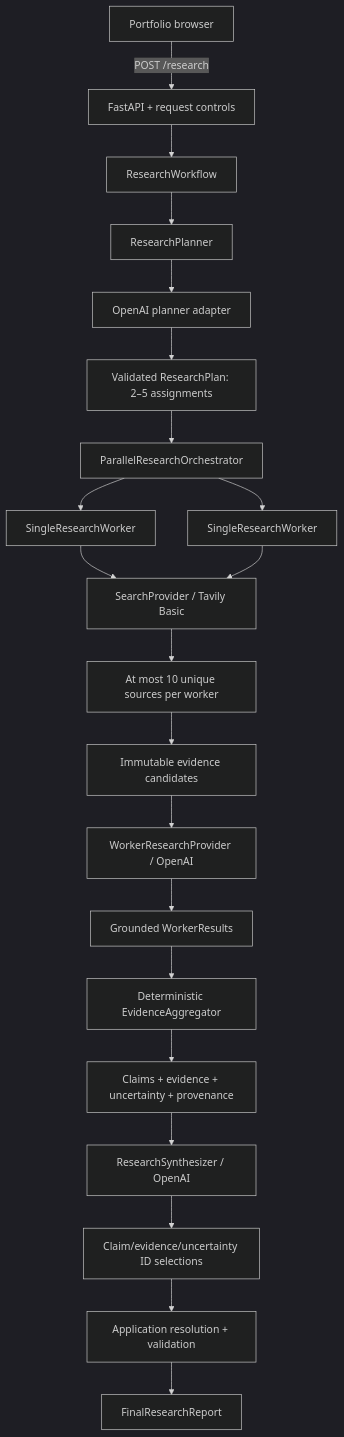
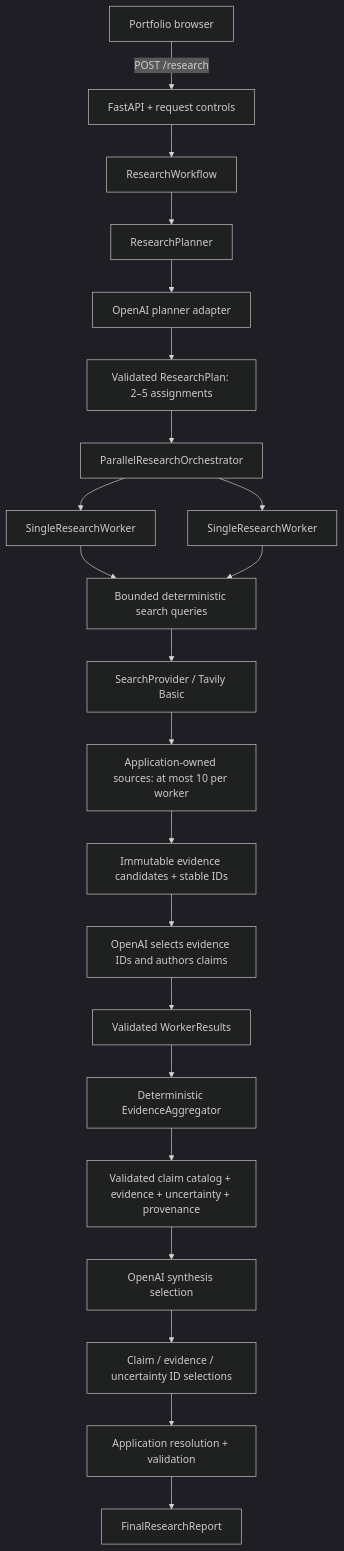
The diagram in docs/ARCHITECTURE.md (marvinjbb/research-agent), drawn with Mermaid (dark theme) before and after one commit. The commit also changed other lines of this file and 7 other files, not shown here.

````diff
--- a/docs/ARCHITECTURE.md
+++ b/docs/ARCHITECTURE.md
@@ -10,22 +10,23 @@
 ```mermaid
 flowchart TD
     Browser[Portfolio browser] -->|POST /research| API[FastAPI + request controls]
     API --> WF[ResearchWorkflow]
     WF --> Planner[ResearchPlanner]
     Planner --> OP[OpenAI planner adapter]
     OP --> Plan[Validated ResearchPlan: 2–5 assignments]
     Plan --> Exec[ParallelResearchOrchestrator]
     Exec --> W1[SingleResearchWorker]
     Exec --> WN[SingleResearchWorker]
-    W1 & WN --> Search[SearchProvider / Tavily Basic]
-    Search --> Sources[At most 10 unique sources per worker]
-    Sources --> Candidates[Immutable evidence candidates]
-    Candidates --> Analyst[WorkerResearchProvider / OpenAI]
-    Analyst --> Results[Grounded WorkerResults]
+    W1 & WN --> Queries[Bounded deterministic search queries]
+    Queries --> Search[SearchProvider / Tavily Basic]
+    Search --> Sources[Application-owned sources: at most 10 per worker]
+    Sources --> Candidates[Immutable evidence candidates + stable IDs]
+    Candidates --> Analyst[OpenAI selects evidence IDs and authors claims]
+    Analyst --> Results[Validated WorkerResults]
     Results --> Aggregate[Deterministic EvidenceAggregator]
-    Aggregate --> Bundle[Claims + evidence + uncertainty + provenance]
-    Bundle --> Synth[ResearchSynthesizer / OpenAI]
-    Synth --> Selection[Claim/evidence/uncertainty ID selections]
+    Aggregate --> Bundle[Validated claim catalog + evidence + uncertainty + provenance]
+    Bundle --> Synth[OpenAI synthesis selection]
+    Synth --> Selection[Claim / evidence / uncertainty ID selections]
     Selection --> Resolve[Application resolution + validation]
     Resolve --> Report[FinalResearchReport]
 ```
````
